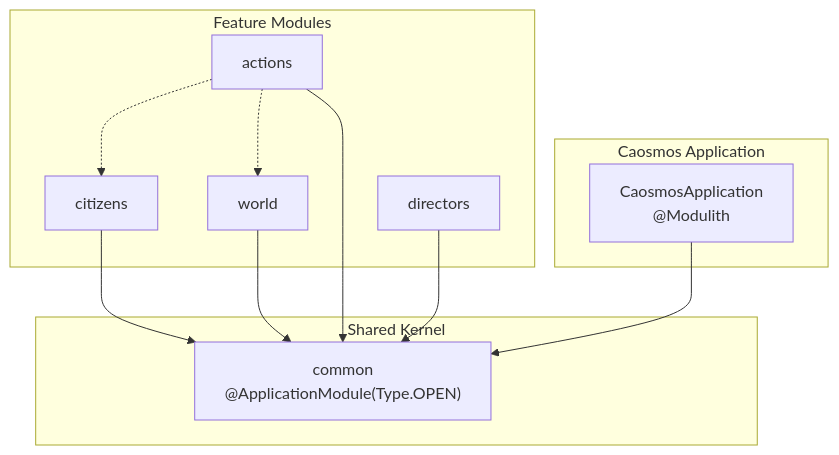
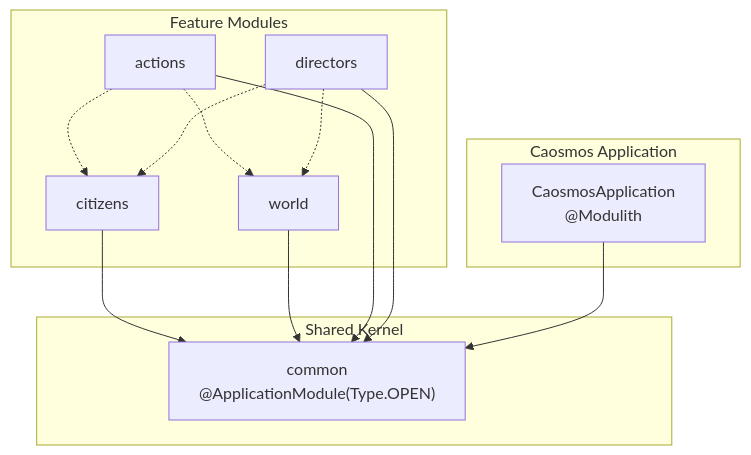
One commit to alexpicode/caosmos changed the first of 5 diagrams in docs/ARCHITECTURE.md. Above: the diagram before and after it, drawn with Mermaid. The commit also changed other lines of this file and 3 other files, not shown here.

````diff
--- a/docs/ARCHITECTURE.md
+++ b/docs/ARCHITECTURE.md
@@ -22,25 +22,27 @@
 ```mermaid
 graph TD
     subgraph Caosmos Application
         APP["CaosmosApplication<br/>@Modulith"]
     end
 
     subgraph Shared Kernel
         COMMON["common<br/>@ApplicationModule(Type.OPEN)"]
     end
 
     subgraph Feature Modules
         CITIZENS["citizens"]
         WORLD["world"]
         ACTIONS["actions"]
         DIRECTORS["directors"]
     end
 
     CITIZENS --> COMMON
     WORLD --> COMMON
     ACTIONS --> COMMON
     ACTIONS -.-> CITIZENS
     ACTIONS -.-> WORLD
     DIRECTORS --> COMMON
+    DIRECTORS -.-> CITIZENS
+    DIRECTORS -.-> WORLD
     APP --> COMMON
 ```
````
